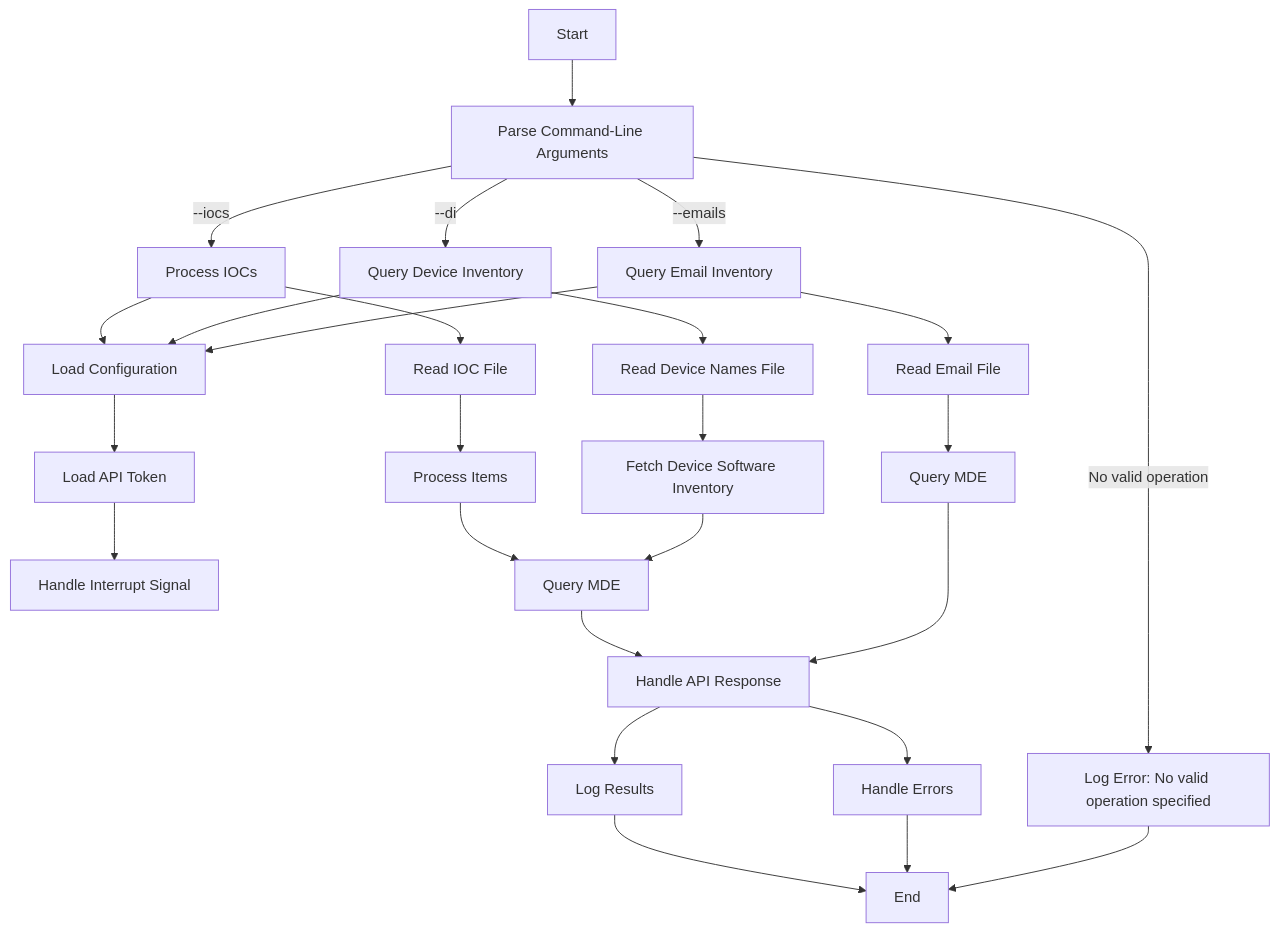
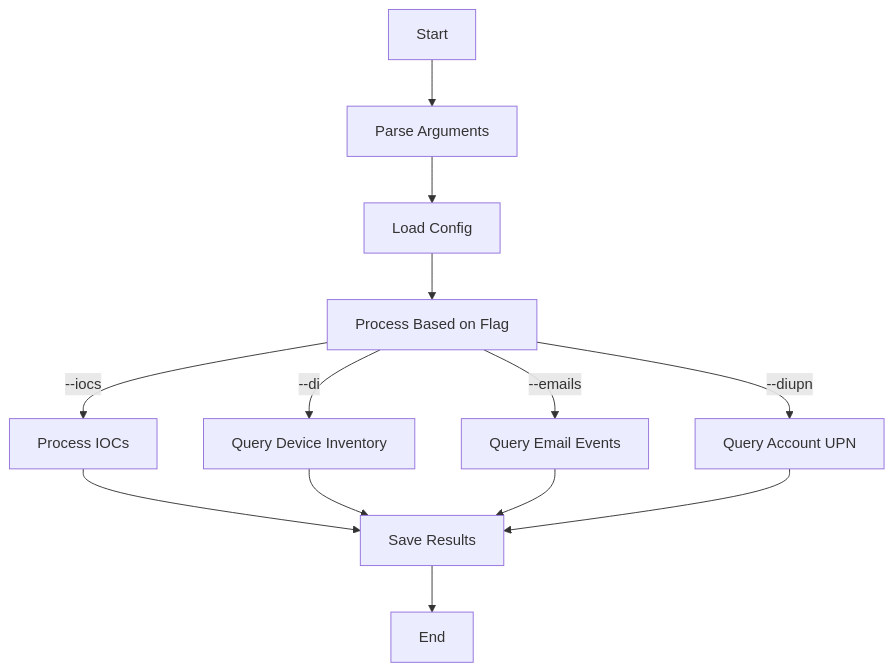
One commit to hithmast/mdelh changed the diagram in README.md. Above: the diagram before and after it, drawn with Mermaid. The commit also changed other lines of this file, not shown here.

````diff
--- a/README.md
+++ b/README.md
@@ -173,37 +100,12 @@
 ```mermaid
 flowchart TD
-    A[Start] --> B[Parse Command-Line Arguments]
-    B -->|--iocs| C[Process IOCs]
-    B -->|--di| D[Query Device Inventory]
-    B -->|--emails| E[Query Email Inventory]
-    B -->|No valid operation| F[Log Error: No valid operation specified]
-    
-    C --> G[Load Configuration]
-    D --> G
-    E --> G
-    
-    G --> H[Load API Token]
-    H --> I[Handle Interrupt Signal]
-    
-    C --> J[Read IOC File]
-    J --> K[Process Items]
-    
-    D --> L[Read Device Names File]
-    L --> M[Fetch Device Software Inventory]
-    
-    E --> N[Read Email File]
-    
-    K --> O[Query MDE]
-    M --> O
-    N --> P[Query MDE]
-    
-    O --> Q[Handle API Response]
-    P --> Q
-    
-    Q --> R[Log Results]
-    Q --> S[Handle Errors]
-    
-    R --> T[End]
-    S --> T
-    F --> T
+    A[Start] --> B[Parse Arguments]
+    B --> C[Load Config]
+    C --> D[Process Based on Flag]
+    D -->|--iocs| E[Process IOCs]
+    D -->|--di| F[Query Device Inventory]
+    D -->|--emails| G[Query Email Events]
+    D -->|--diupn| H[Query Account UPN]
+    E & F & G & H --> I[Save Results]
+    I --> J[End]
 ```
````
